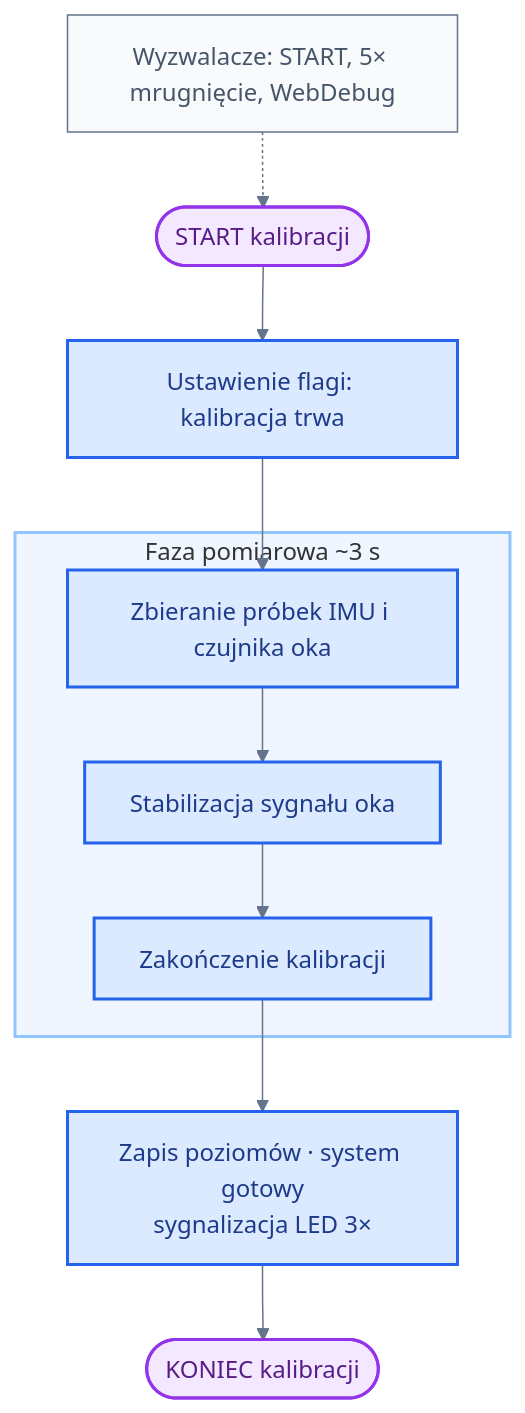
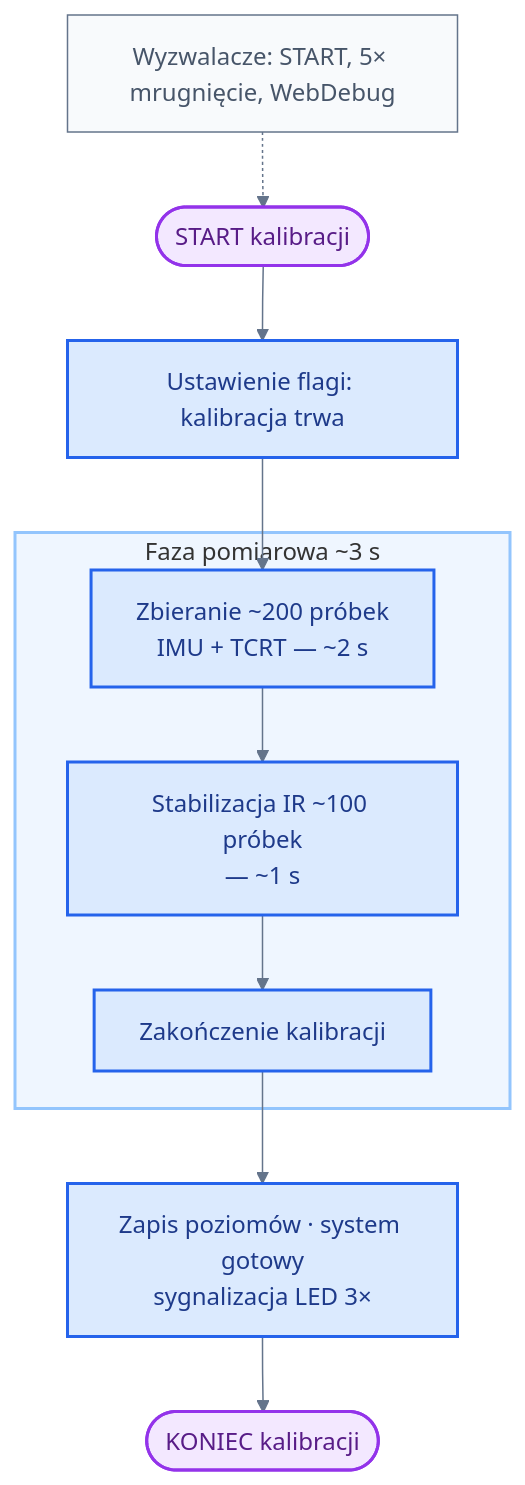
The sixth of 10 diagrams in README.md (bartkadres-ai/HEFAS-4.0), drawn with Mermaid before and after one commit. The commit also changed other lines of this file, not shown here.

````diff
--- a/README.md
+++ b/README.md
@@ -498,25 +498,25 @@
 ```mermaid
 %%{init: { 'theme': 'default', 'themeVariables': { 'darkMode': false, 'background': '#ffffff', 'mainBkg': '#ffffff', 'primaryColor': '#ffffff', 'secondaryColor': '#ffffff', 'tertiaryColor': '#ffffff', 'primaryTextColor': '#1e293b', 'secondaryTextColor': '#334155', 'lineColor': '#64748b', 'primaryBorderColor': '#94a3b8', 'clusterBkg': '#f1f5f9', 'clusterBorder': '#94a3b8', 'edgeLabelBackground': '#ffffff', 'noteBkgColor': '#f8fafc', 'noteTextColor': '#475569', 'fontFamily': 'arial' }}}%%
 flowchart TD
     KTRIG["Wyzwalacze: START, 5× mrugnięcie, WebDebug"] -.-> K0
     K0([START kalibracji]) --> K1[Ustawienie flagi: kalibracja trwa]
     K1 --> T1
 
     subgraph TICK["Faza pomiarowa ~3 s"]
-        T1[Zbieranie próbek IMU i czujnika oka]
-        T2[Stabilizacja sygnału oka]
+        T1["Zbieranie ~200 próbek<br/>IMU + TCRT — ~2 s"]
+        T2["Stabilizacja IR ~100 próbek<br/>— ~1 s"]
         T3[Zakończenie kalibracji]
         T1 --> T2 --> T3
     end
 
     T3 --> K4["Zapis poziomów · system gotowy<br/>sygnalizacja LED 3×"]
     K4 --> KON([KONIEC kalibracji])
 
     classDef startEnd fill:#f3e8ff,stroke:#9333ea,stroke-width:2px,color:#581c87
     classDef process fill:#dbeafe,stroke:#2563eb,stroke-width:2px,color:#1e3a8a
     classDef trigger fill:#f8fafc,stroke:#64748b,stroke-width:1px,color:#475569
     class K0,KON startEnd
     class K1,T1,T2,T3,K4 process
     class KTRIG trigger
     style TICK fill:#eff6ff,stroke:#93c5fd,stroke-width:2px
 ```
````
